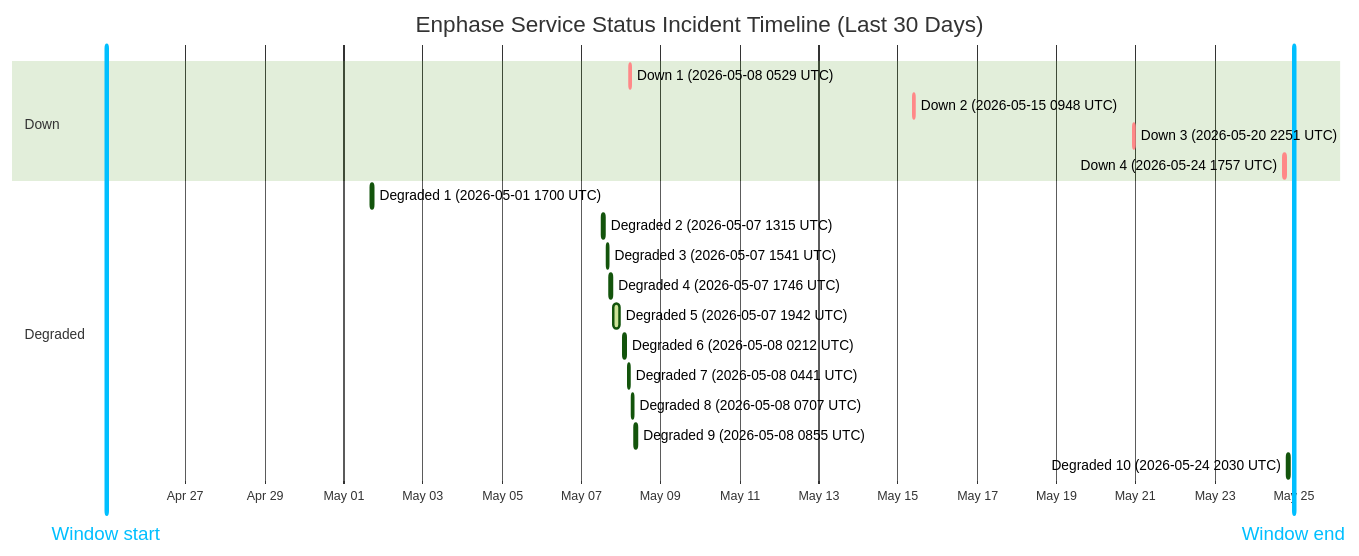
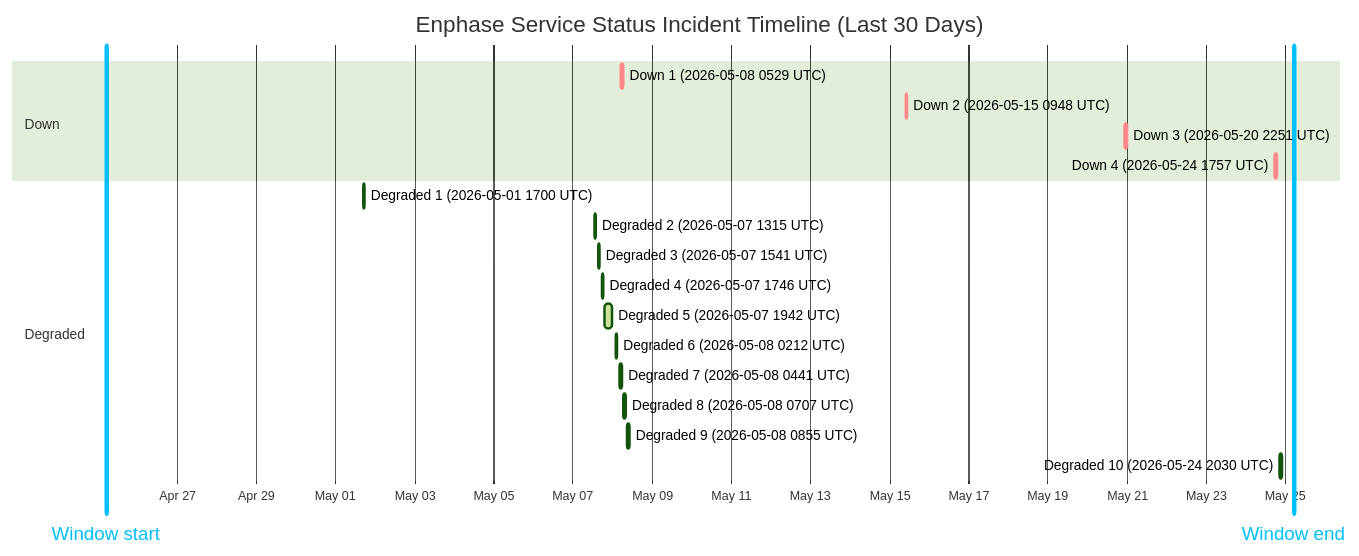
One commit to barneyonline/ha-enphase-ev-charger changed the diagram in wiki/Service-Status-History.md. Above: the diagram before and after it, drawn with Mermaid (forest theme). The commit also changed other lines of this file and 3 other files, not shown here.

````diff
--- a/wiki/Service-Status-History.md
+++ b/wiki/Service-Status-History.md
@@ -14,24 +14,24 @@
 ```mermaid
 gantt
     title Enphase Service Status Incident Timeline (Last 30 Days)
     dateFormat  YYYY-MM-DDTHH:mm:ss
     axisFormat  %b %d
-    Window start :vert, window-start, 2026-04-25T00:05:34, 0ms
-    Window end :vert, window-end, 2026-05-25T00:05:34, 0ms
+    Window start :vert, window-start, 2026-04-25T05:03:37, 0ms
+    Window end :vert, window-end, 2026-05-25T05:03:37, 0ms
     section Down
     Down 1 (2026-05-08 0529 UTC) :crit, down-1, 2026-05-08T05:29:47, 60m
     Down 2 (2026-05-15 0948 UTC) :crit, down-2, 2026-05-15T09:48:18, 60m
     Down 3 (2026-05-20 2251 UTC) :crit, down-3, 2026-05-20T22:51:14, 75m
     Down 4 (2026-05-24 1757 UTC) :crit, down-4, 2026-05-24T17:57:41, 86m
     section Degraded
     Degraded 1 (2026-05-01 1700 UTC) :active, degraded-1, 2026-05-01T17:00:22, 60m
     Degraded 2 (2026-05-07 1315 UTC) :active, degraded-2, 2026-05-07T13:15:25, 60m
     Degraded 3 (2026-05-07 1541 UTC) :active, degraded-3, 2026-05-07T15:41:58, 60m
     Degraded 4 (2026-05-07 1746 UTC) :active, degraded-4, 2026-05-07T17:46:51, 60m
     Degraded 5 (2026-05-07 1942 UTC) :active, degraded-5, 2026-05-07T19:42:10, 249m
     Degraded 6 (2026-05-08 0212 UTC) :active, degraded-6, 2026-05-08T02:12:39, 60m
     Degraded 7 (2026-05-08 0441 UTC) :active, degraded-7, 2026-05-08T04:41:46, 60m
     Degraded 8 (2026-05-08 0707 UTC) :active, degraded-8, 2026-05-08T07:07:30, 60m
     Degraded 9 (2026-05-08 0855 UTC) :active, degraded-9, 2026-05-08T08:55:20, 88m
     Degraded 10 (2026-05-24 2030 UTC) :active, degraded-10, 2026-05-24T20:30:57, 84m
 ```
````
